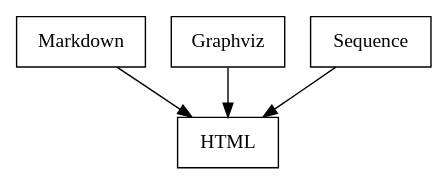
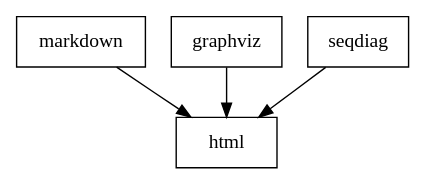
The diagram in source/index.md (nirname/documentary-docs), drawn with Graphviz before and after one commit. The commit also changed other lines of this file and 4 other files, not shown here.

Commit message:
Updated graphs

````diff
--- a/source/index.md
+++ b/source/index.md
@@ -101,6 +125,6 @@
 ```dot
 digraph workflow {
   node [shape="rect" width=1]
-  { Markdown, Graphviz, Sequence } -> HTML
+  { markdown, graphviz, seqdiag } -> html
 }
 ```
````
